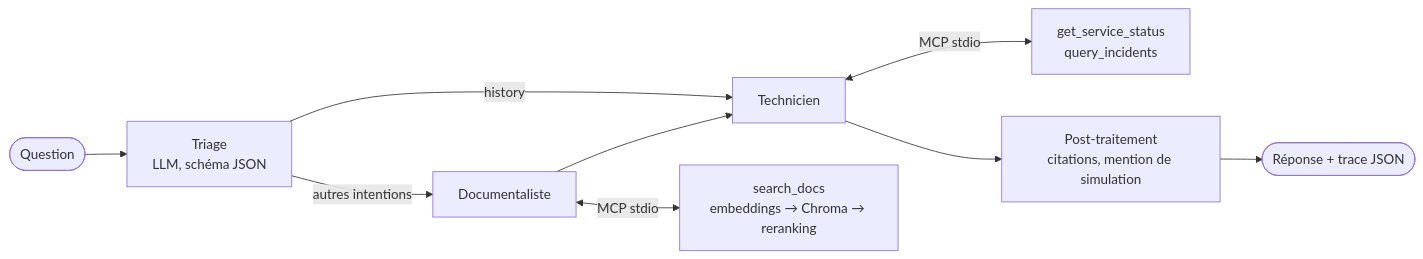
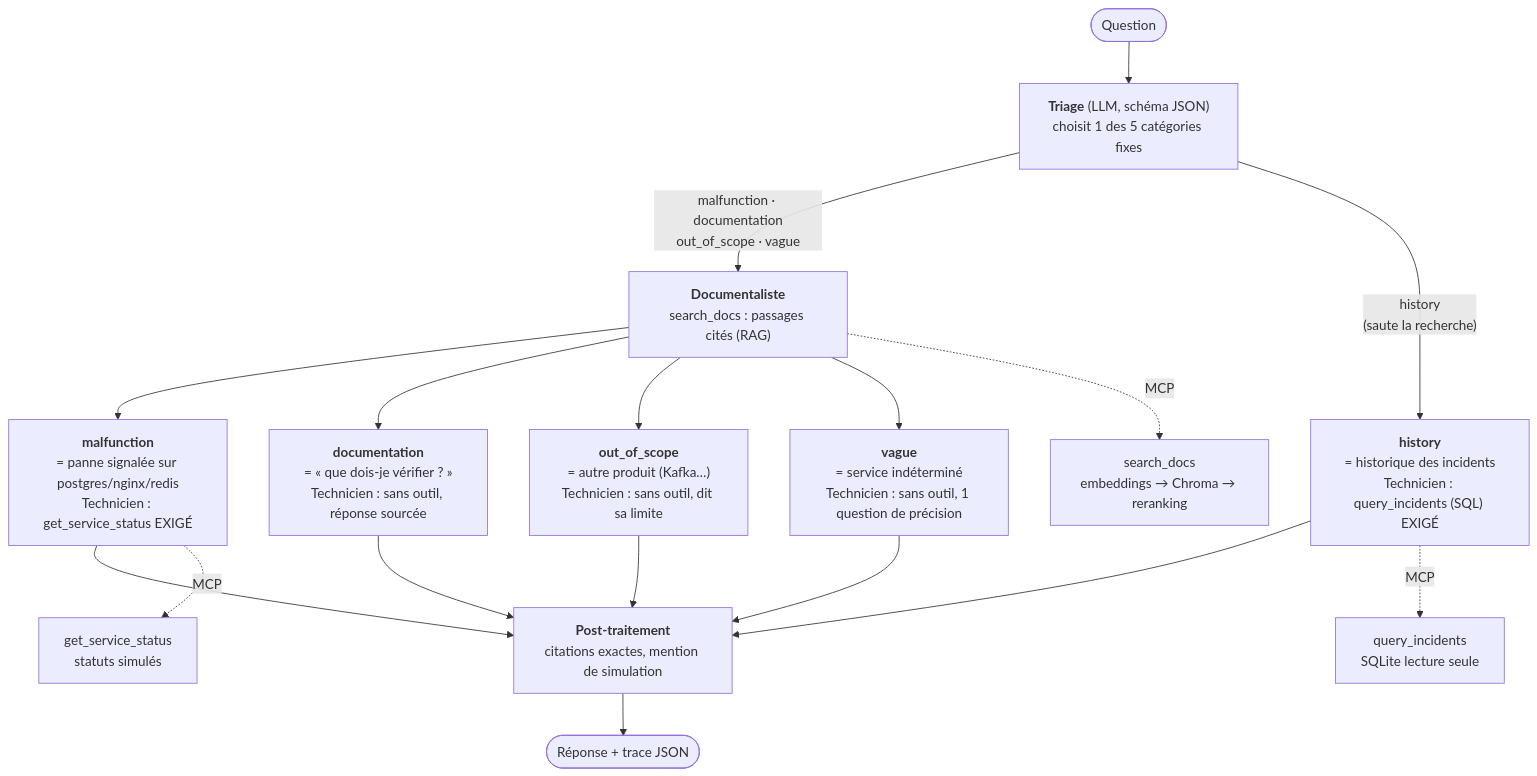
Before and after one commit to StephaneHe/HelloSupport: the diagram in docs/DESIGN_DECISIONS.md, drawn with Mermaid. The commit also changed 6 other files, not shown here.

First line of the commit message:
Show the five fixed triage categories in the architecture diagrams (v1.9.2)

````diff
--- a/docs/DESIGN_DECISIONS.md
+++ b/docs/DESIGN_DECISIONS.md
@@ -27,11 +27,19 @@
 ```mermaid
-flowchart LR
-    Q(["Question"]) --> T["Triage<br/>LLM, schéma JSON"]
-    T -->|"autres intentions"| D["Documentaliste"]
-    T -->|"history"| TE["Technicien"]
-    D --> TE
-    D <-->|"MCP stdio"| K["search_docs<br/>embeddings → Chroma → reranking"]
-    TE <-->|"MCP stdio"| O["get_service_status<br/>query_incidents"]
-    TE --> P["Post-traitement<br/>citations, mention de simulation"]
+flowchart TB
+    Q(["Question"]) --> T["<b>Triage</b> (LLM, schéma JSON)<br/>choisit 1 des 5 catégories fixes"]
+    T -->|"malfunction · documentation<br/>out_of_scope · vague"| D["<b>Documentaliste</b><br/>search_docs : passages cités (RAG)"]
+    T -->|"history<br/>(saute la recherche)"| H
+
+    D --> M["<b>malfunction</b><br/>= panne signalée sur postgres/nginx/redis<br/>Technicien : get_service_status EXIGÉ"]
+    D --> DO["<b>documentation</b><br/>= « que dois-je vérifier ? »<br/>Technicien : sans outil, réponse sourcée"]
+    D --> O["<b>out_of_scope</b><br/>= autre produit (Kafka…)<br/>Technicien : sans outil, dit sa limite"]
+    D --> V["<b>vague</b><br/>= service indéterminé<br/>Technicien : sans outil, 1 question de précision"]
+    H["<b>history</b><br/>= historique des incidents<br/>Technicien : query_incidents (SQL) EXIGÉ"]
+
+    M & DO & O & V & H --> P["<b>Post-traitement</b><br/>citations exactes, mention de simulation"]
     P --> A(["Réponse + trace JSON"])
+
+    D -. "MCP" .-> S1["search_docs<br/>embeddings → Chroma → reranking"]
+    M -. "MCP" .-> S2["get_service_status<br/>statuts simulés"]
+    H -. "MCP" .-> S3["query_incidents<br/>SQLite lecture seule"]
 ```
````
